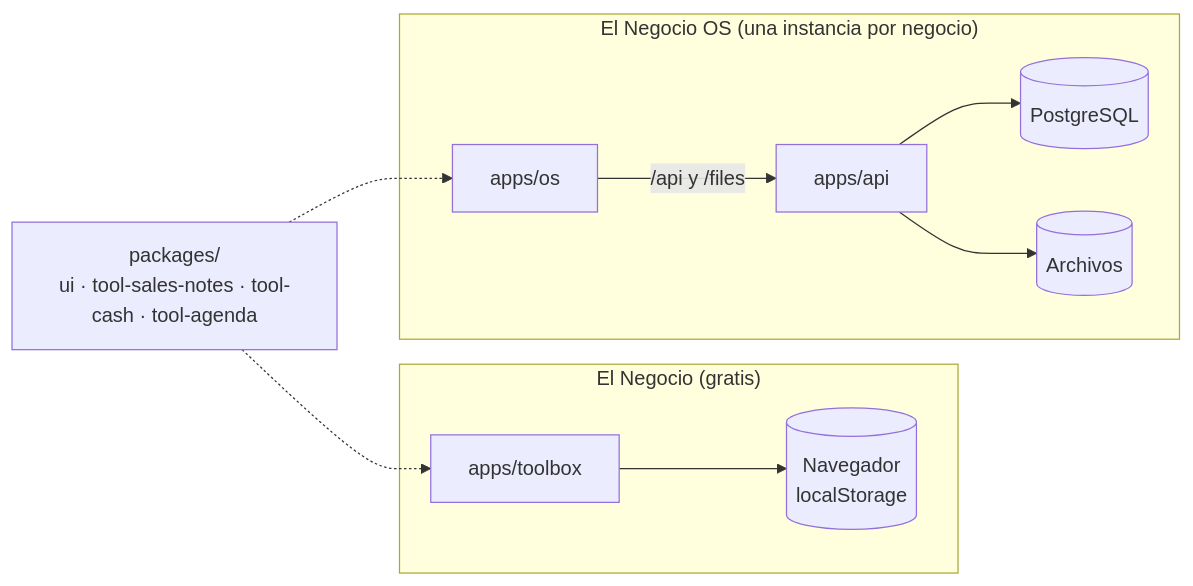
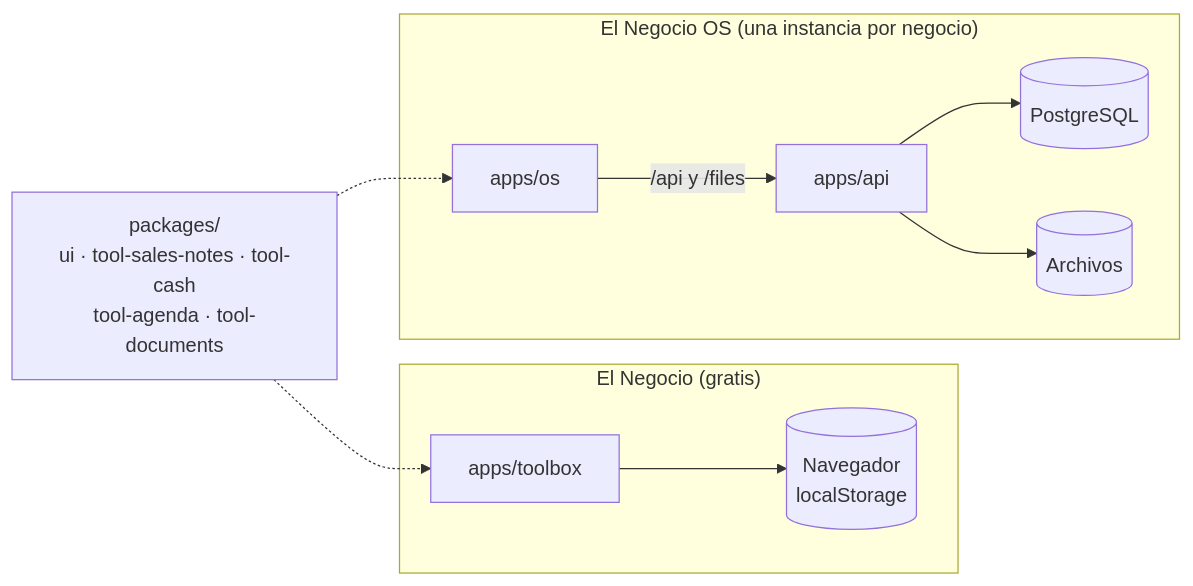
The diagram in README.md (arm-code/el-negocio), drawn with Mermaid before and after one commit. The commit also changed other lines of this file and 2 other files, not shown here.

Commit message:
docs: agenda y contratos y pagares en las dos apps

````diff
--- a/README.md
+++ b/README.md
@@ -44,17 +44,17 @@
 ```mermaid
 flowchart LR
-    PKG["packages/<br/>ui · tool-sales-notes · tool-cash · tool-agenda"]
+    PKG["packages/<br/>ui · tool-sales-notes · tool-cash<br/>tool-agenda · tool-documents"]
 
     subgraph GRATIS["El Negocio (gratis)"]
         TB["apps/toolbox"] --> LS[("Navegador<br/>localStorage")]
     end
 
     subgraph INSTANCIA["El Negocio OS (una instancia por negocio)"]
         OS["apps/os"] -->|"/api y /files"| API["apps/api"]
         API --> PG[("PostgreSQL")]
         API --> FS[("Archivos")]
     end
 
     PKG -.-> TB
     PKG -.-> OS
 ```
````
